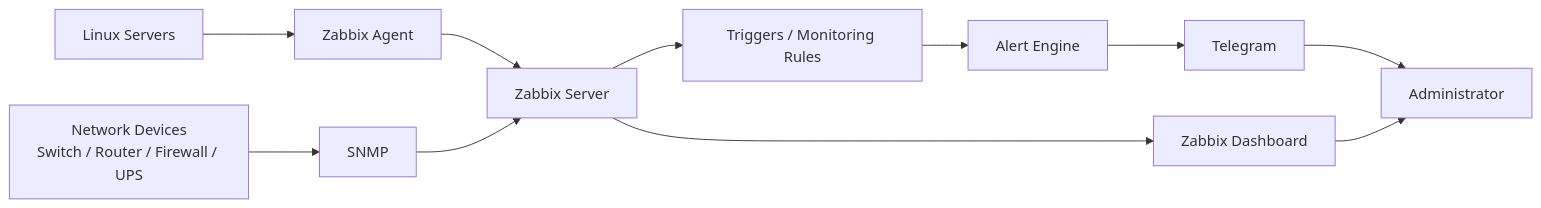
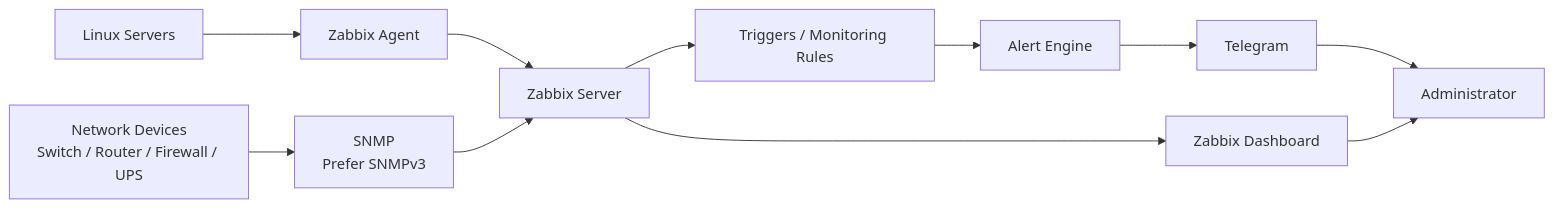
Before and after one commit to wenan1130/linux-monitoring-zabbix-telegram-case-study: the diagram in README.md, drawn with Mermaid. The commit also changed other lines of this file, not shown here.

````diff
--- a/README.md
+++ b/README.md
@@ -78,17 +78,18 @@
 ```mermaid
 flowchart LR
     A[Linux Servers] --> B[Zabbix Agent]
-    N[Network Devices<br/>Switch / Router / Firewall / UPS] --> S[SNMP]
-    
+
+    N[Network Devices<br/>Switch / Router / Firewall / UPS] --> S[SNMP<br/>Prefer SNMPv3]
+
     B --> C[Zabbix Server]
     S --> C
 
     C --> D[Triggers / Monitoring Rules]
     D --> E[Alert Engine]
 
     E --> F[Telegram]
     C --> G[Zabbix Dashboard]
 
     F --> H[Administrator]
     G --> H
 ```
````
